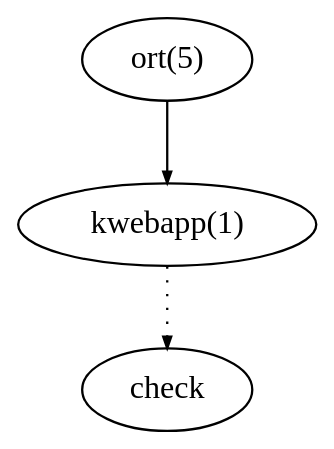
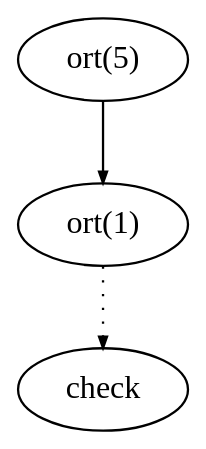
One commit to kristapsdz/openradtool changed the diagram in index-fig1.dot. Above: the diagram before and after it, drawn with Graphviz. The commit also changed 9 other files, not shown here.

Commit message:
Rename kwebapp(1) and its binary as ort(1).  This is part of the migration from kwebapp to ort.

```diff
--- a/index-fig1.dot
+++ b/index-fig1.dot
@@ -1,11 +1,11 @@
 digraph {
 	edge [arrowsize="0.5";];
 	bgcolor="transparent";
 
 	cfg[label="ort(5)"];
-	bin[label="kwebapp(1)"];
+	bin[label="ort(1)"];
 	out[label="check"];
 
 	cfg -> bin;
 	bin -> out[style="dotted"];
 }
```
